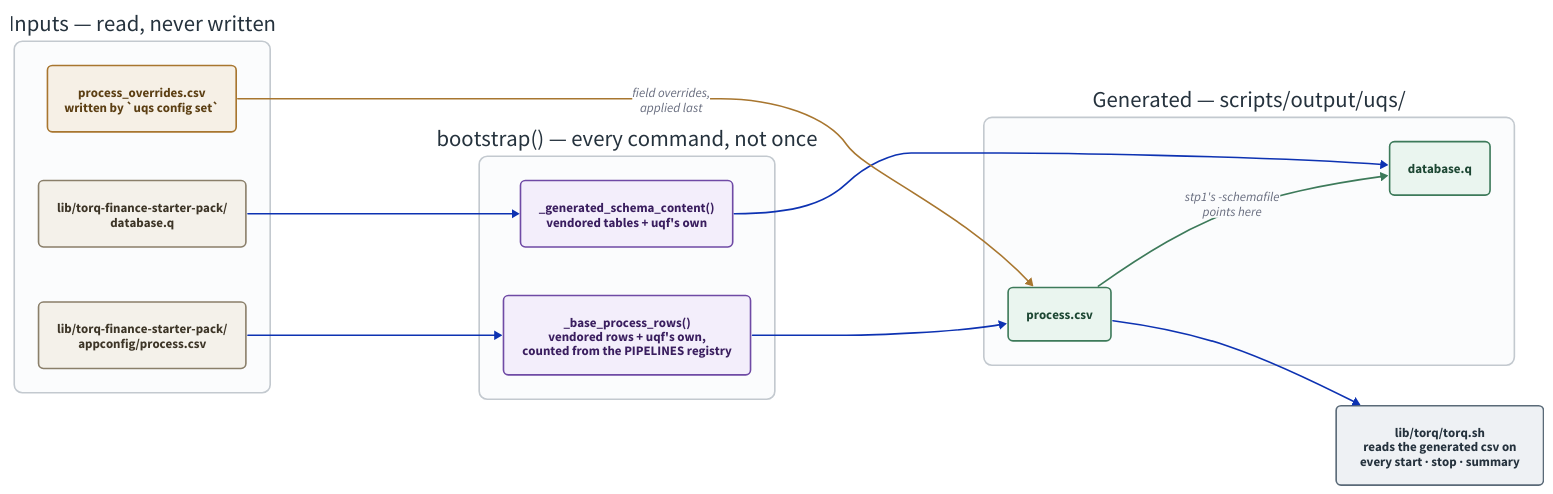
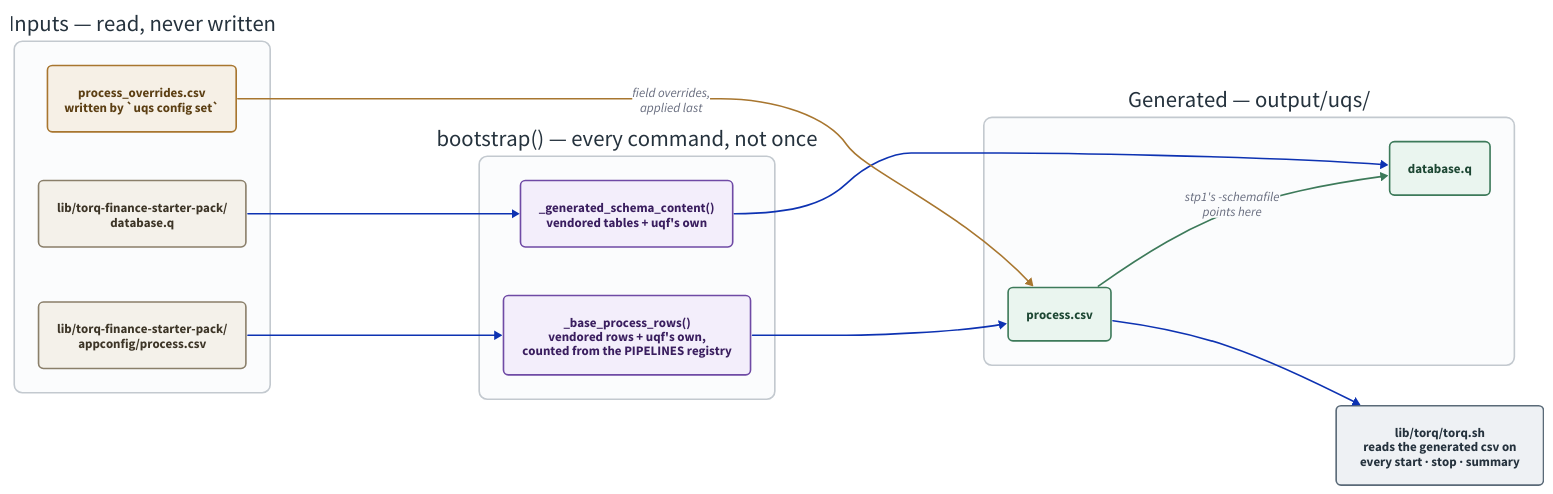
The diagram in docs/diagrams/config-generation.d2 (kwojdalski/uqf), drawn with D2 before and after one commit. The commit also changed 16 other files, not shown here.

First line of the commit message:
Move the stack's data directory from scripts/output/uqs to output/uqs

```diff
--- a/docs/diagrams/config-generation.d2
+++ b/docs/diagrams/config-generation.d2
@@ -1,124 +1,124 @@
 # config-generation.d2 - how the vendored TorQ config becomes the config the
 # stack actually runs on.
 #
 # Rendered by scripts/generate/render_diagrams.py, which CI runs with
 # --check. Embedded from docs/integrations/torq/README.md.
 #
 # THE RULE THIS DRAWS is H-01: the vendored trees are never written to. Read
 # the vendored file fresh, generate an extended copy, point the running
 # process at the copy. An edit to lib/ would work until the next upgrade and
 # then be silently lost, which is the failure the whole arrangement exists
 # to make impossible.
 #
 # The other thing worth seeing is that there is no setup step. bootstrap()
 # regenerates both outputs on EVERY command - start, stop, summary, all of
 # them - so the generated files are always a fresh function of the vendored
 # tree plus the three small tracked extension files. Nothing here is a state
 # you can get out of sync; the only way to change the output is to change an
 # input.
 
 direction: right
 
 vars: {
   d2-config: {
     pad: 40
   }
 }
 
 classes: {
   vendored: {
     style: {
       fill: "#f4f1ea"
       stroke: "#8a7f6a"
       font-color: "#3d3527"
       border-radius: 6
     }
   }
   tracked: {
     style: {
       fill: "#f6f0e6"
       stroke: "#a8762f"
       font-color: "#5c3f13"
       border-radius: 6
     }
   }
   step: {
     style: {
       fill: "#f3eefb"
       stroke: "#6f4aa5"
       font-color: "#3a1e5f"
       border-radius: 6
     }
   }
   generated: {
     style: {
       fill: "#eaf5ef"
       stroke: "#3d7a5a"
       font-color: "#1d4733"
       border-radius: 6
     }
   }
   consumer: {
     style: {
       fill: "#eef1f4"
       stroke: "#5a6a78"
       font-color: "#25323d"
       border-radius: 6
     }
   }
 }
 
 inputs: "Inputs — read, never written" {
   style: {
     fill: "#fbfcfd"
     stroke: "#c3c9cf"
     stroke-width: 2
     border-radius: 10
     font-color: "#25323d"
   }
 
   # Declared in the order they are consumed - the process.csv inputs, then
   # the database.q ones - so dagre keeps each group near the step it feeds.
   vendored_csv: "lib/torq-finance-starter-pack/\nappconfig/process.csv" { class: vendored }
   overrides: "process_overrides.csv\nwritten by `uqs config set`" { class: tracked }
   vendored_schema: "lib/torq-finance-starter-pack/\ndatabase.q" { class: vendored }
 }
 
 bootstrap: "bootstrap() — every command, not once" {
   style: {
     fill: "#fbfcfd"
     stroke: "#c3c9cf"
     stroke-width: 2
     border-radius: 10
     font-color: "#25323d"
   }
 
   rows: "_base_process_rows()\nvendored rows + uqf's own,\ncounted from the PIPELINES registry" { class: step }
   schema: "_generated_schema_content()\nvendored tables + uqf's own" { class: step }
 }
 
-outputs: "Generated — scripts/output/uqs/" {
+outputs: "Generated — output/uqs/" {
   style: {
     fill: "#fbfcfd"
     stroke: "#c3c9cf"
     stroke-width: 2
     border-radius: 10
     font-color: "#25323d"
   }
 
   gen_csv: "process.csv" { class: generated }
   gen_schema: "database.q" { class: generated }
 
   gen_csv -> gen_schema: "stp1's -schemafile\npoints here" { style.stroke: "#3d7a5a" }
 }
 
 torqsh: "lib/torq/torq.sh\nreads the generated csv on\nevery start · stop · summary" { class: consumer }
 
 inputs.vendored_csv -> bootstrap.rows
 inputs.vendored_schema -> bootstrap.schema
 
 bootstrap.rows -> outputs.gen_csv
 bootstrap.schema -> outputs.gen_schema
 inputs.overrides -> outputs.gen_csv: "field overrides,\napplied last" { style.stroke: "#a8762f" }
 
 outputs.gen_csv -> torqsh
```
